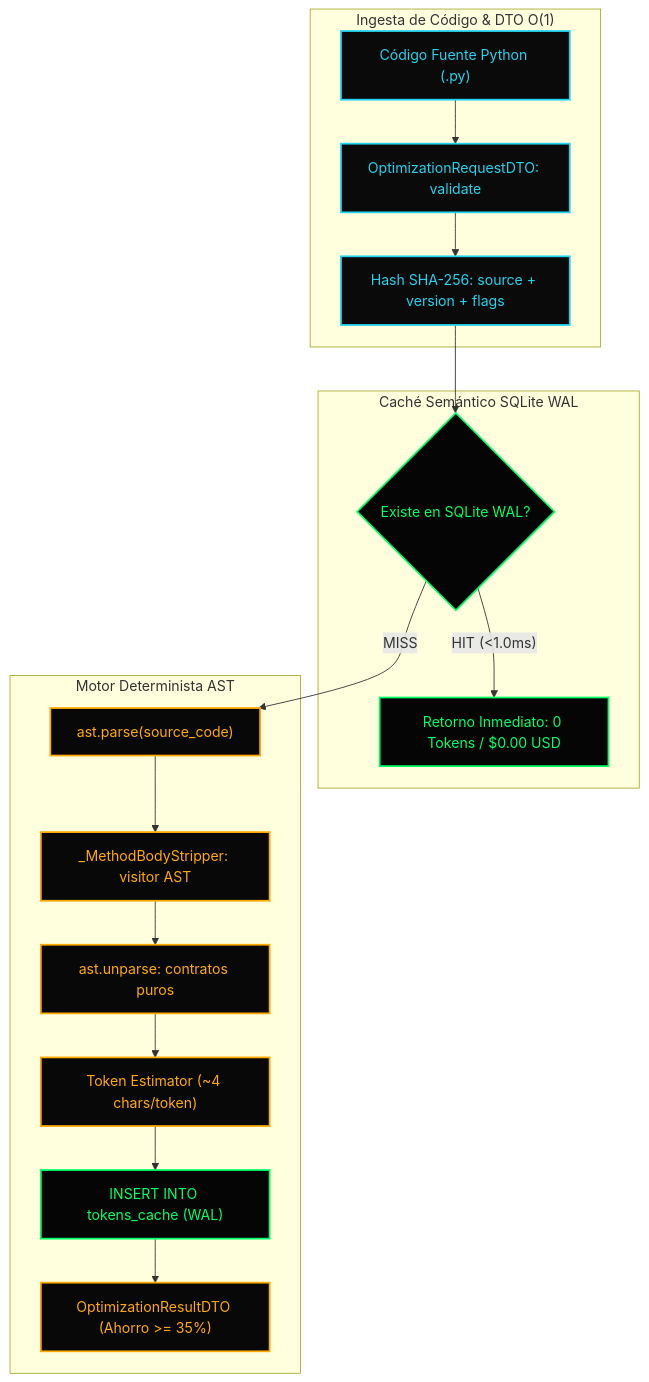
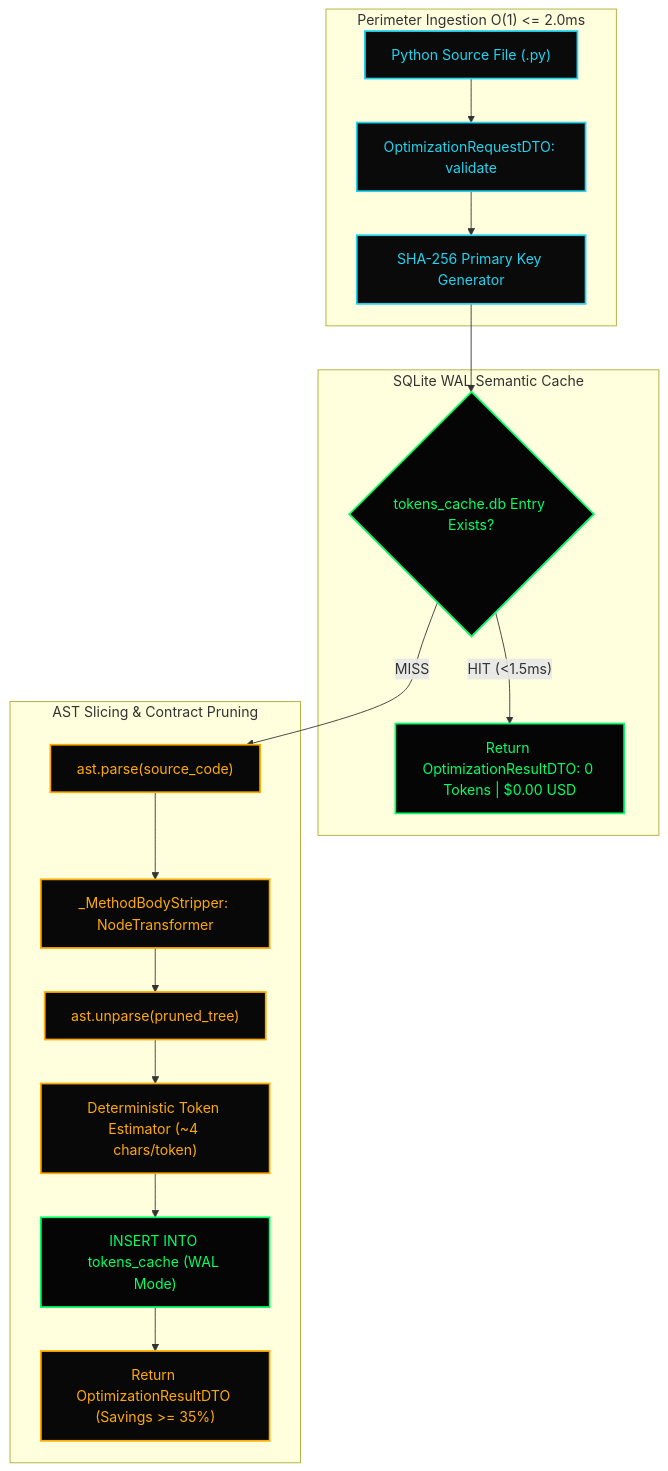
The diagram in 01_TOPOLOGY/1_mermaid_dag.md (heuristicolab/ctxfw), drawn with Mermaid before and after one commit. The commit also changed 10 other files, not shown here.

Commit message:
chore(seal): harmonize repository architecture to sovereign institutional standard

````diff
--- a/01_TOPOLOGY/1_mermaid_dag.md
+++ b/01_TOPOLOGY/1_mermaid_dag.md
@@ -1,29 +1,29 @@
 ```mermaid
 graph TD
-    subgraph Ingestion ["Ingesta de Código & DTO O(1)"]
-        RawCode["Código Fuente Python (.py)"] --> DTO["OptimizationRequestDTO: validate"]
-        DTO --> HashGen["Hash SHA-256: source + version + flags"]
+    subgraph Ingestion ["Perimeter Ingestion O(1) <= 2.0ms"]
+        InboundCode["Python Source File (.py)"] --> InboundDTO["OptimizationRequestDTO: validate"]
+        InboundDTO --> KeyGen["SHA-256 Primary Key Generator"]
     end
 
-    subgraph CacheLayer ["Caché Semántico SQLite WAL"]
-        HashGen --> QueryCache{"Existe en SQLite WAL?"}
-        QueryCache -- "HIT (<1.0ms)" --> WarmResult["Retorno Inmediato: 0 Tokens / $0.00 USD"]
+    subgraph CacheLayer ["SQLite WAL Semantic Cache"]
+        KeyGen --> Lookup{"tokens_cache.db Entry Exists?"}
+        Lookup -- "HIT (<1.5ms)" --> ZeroCost["Return OptimizationResultDTO: 0 Tokens | $0.00 USD"]
     end
 
-    subgraph ASTCore ["Motor Determinista AST"]
-        QueryCache -- "MISS" --> ASTParser["ast.parse(source_code)"]
-        ASTParser --> BodyStripper["_MethodBodyStripper: visitor AST"]
-        BodyStripper --> ContractUnparse["ast.unparse: contratos puros"]
-        ContractUnparse --> Estimator["Token Estimator (~4 chars/token)"]
-        Estimator --> StoreWAL["INSERT INTO tokens_cache (WAL)"]
-        StoreWAL --> ColdResult["OptimizationResultDTO (Ahorro >= 35%)"]
+    subgraph ASTCore ["AST Slicing & Contract Pruning"]
+        Lookup -- "MISS" --> ASTParse["ast.parse(source_code)"]
+        ASTParse --> ASTVisitor["_MethodBodyStripper: NodeTransformer"]
+        ASTVisitor --> ASTUnparse["ast.unparse(pruned_tree)"]
+        ASTUnparse --> TokenMeter["Deterministic Token Estimator (~4 chars/token)"]
+        TokenMeter --> WALPersist["INSERT INTO tokens_cache (WAL Mode)"]
+        WALPersist --> ColdDTO["Return OptimizationResultDTO (Savings >= 35%)"]
     end
 
     classDef ingestNode fill:#0a0a0a,stroke:#22d3ee,stroke-width:2px,color:#22d3ee
     classDef cacheNode fill:#050505,stroke:#00ff66,stroke-width:2px,color:#00ff66
     classDef astNode fill:#080808,stroke:#ffaa00,stroke-width:2px,color:#ffaa00
 
-    class RawCode,DTO,HashGen ingestNode
-    class QueryCache,WarmResult,StoreWAL cacheNode
-    class ASTParser,BodyStripper,ContractUnparse,Estimator,ColdResult astNode
+    class InboundCode,InboundDTO,KeyGen ingestNode
+    class Lookup,ZeroCost,WALPersist cacheNode
+    class ASTParse,ASTVisitor,ASTUnparse,TokenMeter,ColdDTO astNode
 ```
````
